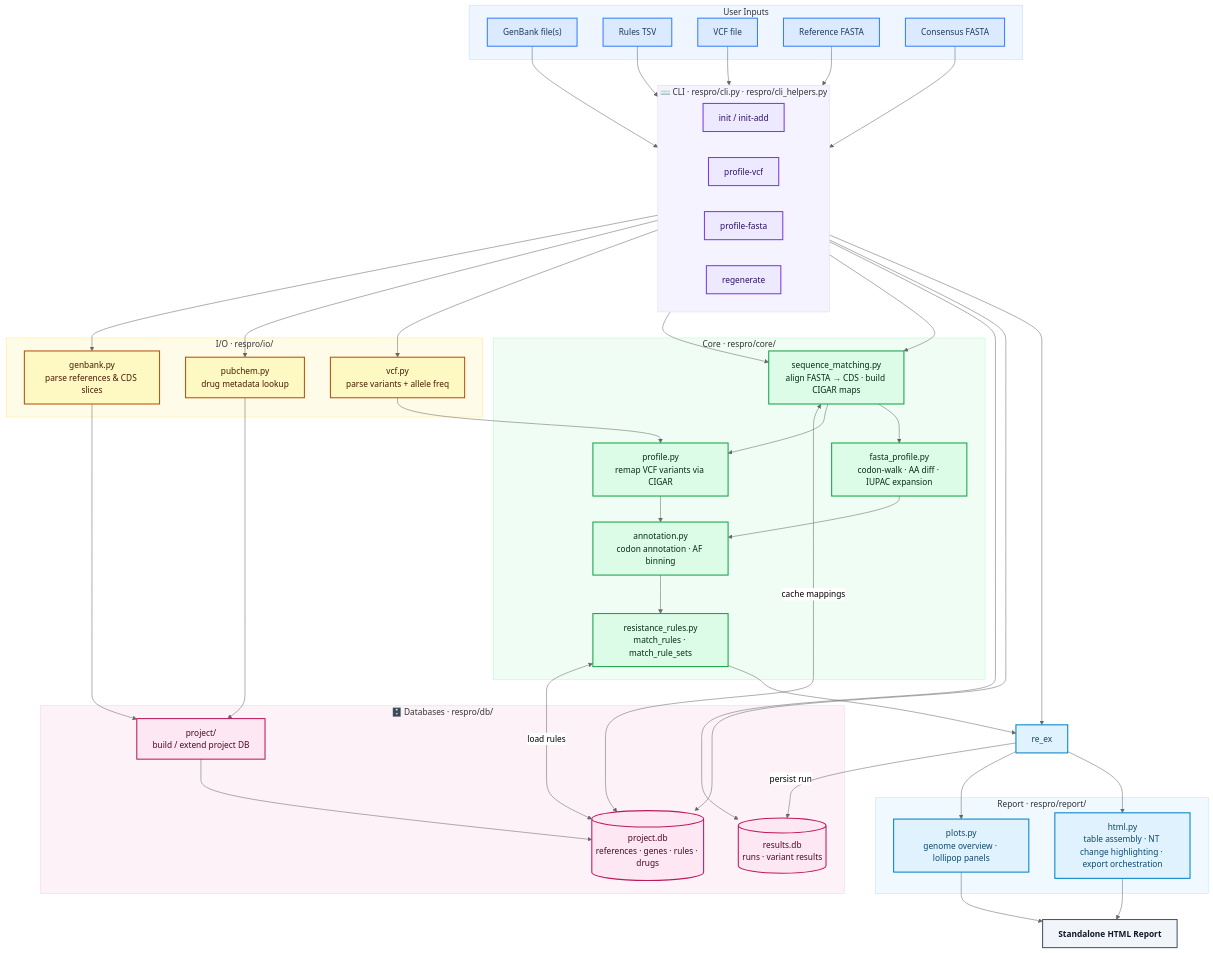
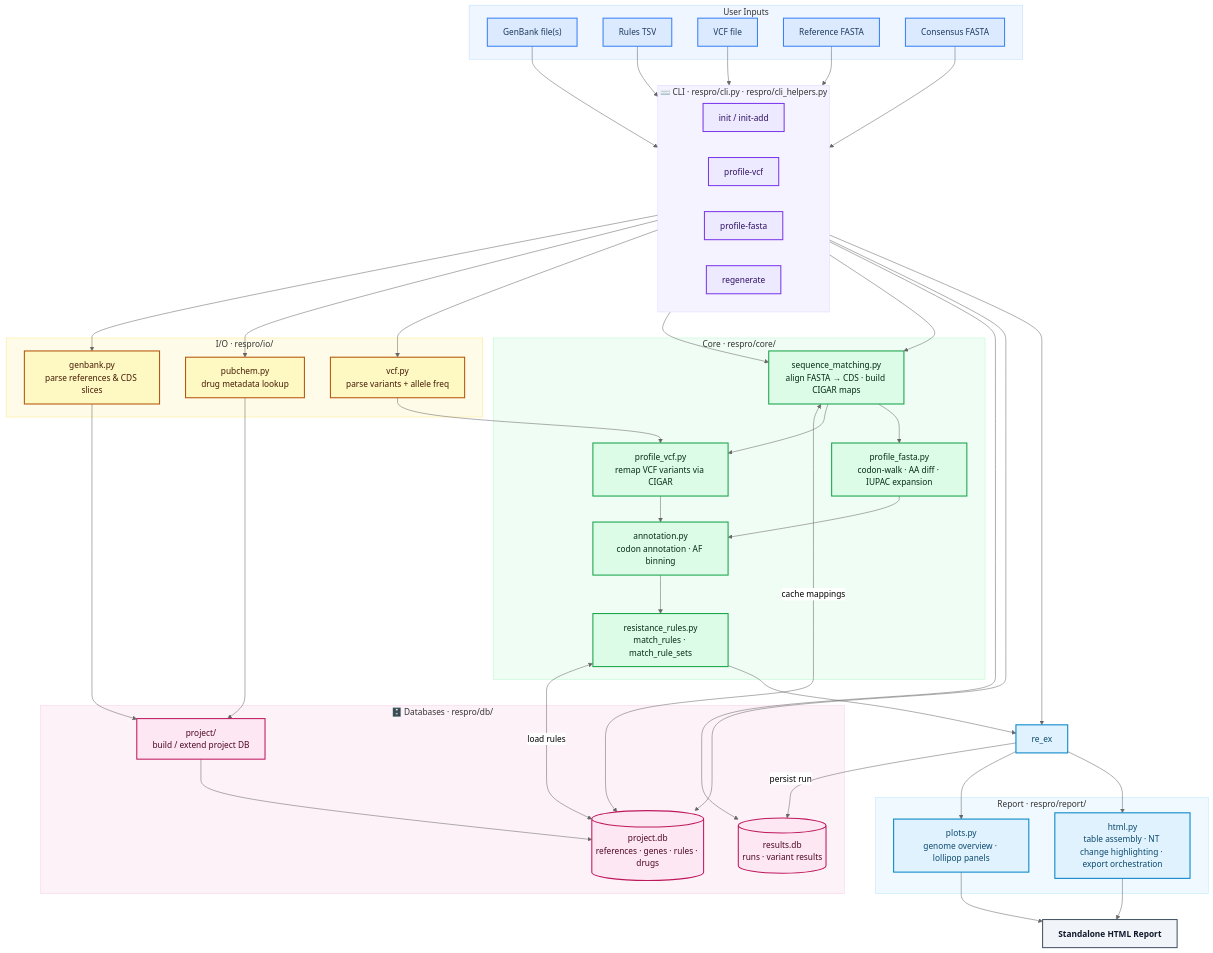
The diagram in docs/project-structure.md (the-foxlab/ResistanceProfiler), drawn with Mermaid (neutral theme) before and after one commit. The commit also changed other lines of this file and 9 other files, not shown here.

```diff
--- a/docs/project-structure.md
+++ b/docs/project-structure.md
@@ -85,8 +85,8 @@
     %% ── Core logic ───────────────────────────────────────────────────
     subgraph CORE["Core  ·  respro/core/"]
         co_sm["sequence_matching.py\nalign FASTA → CDS · build CIGAR maps"]
-        co_pr["profile.py\nremap VCF variants via CIGAR"]
-        co_fp["fasta_profile.py\ncodon-walk · AA diff · IUPAC expansion"]
+        co_pr["profile_vcf.py\nremap VCF variants via CIGAR"]
+        co_fp["profile_fasta.py\ncodon-walk · AA diff · IUPAC expansion"]
         co_an["annotation.py\ncodon annotation · AF binning"]
         co_rr["resistance_rules.py\nmatch_rules · match_rule_sets"]
     end
```
